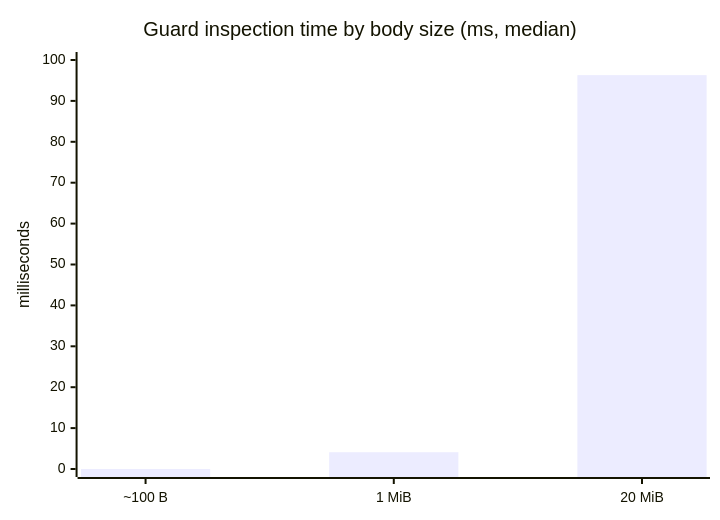
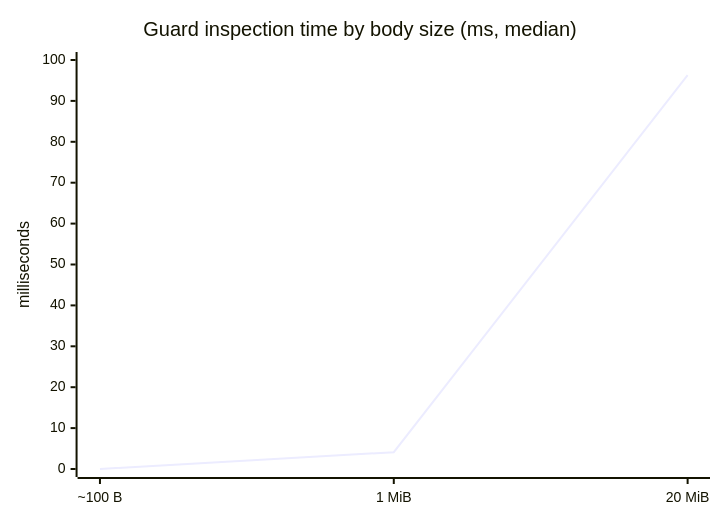
The sixth of 8 diagrams in DIAGRAMS.md (Vulcanite/ngx_json_guard), drawn with Mermaid before and after one commit. The commit also changed other lines of this file and 16 other files, not shown here.

First line of the commit message:
Fix docs accuracy, add parser CI, and plot benchmarks as real charts

````diff
--- a/DIAGRAMS.md
+++ b/DIAGRAMS.md
@@ -124,7 +120,7 @@
 ```mermaid
 xychart-beta
     title "Guard inspection time by body size (ms, median)"
     x-axis ["~100 B", "1 MiB", "20 MiB"]
     y-axis "milliseconds" 0 --> 100
-    bar [0.01, 4.1, 96.3]
+    line [0.01, 4.1, 96.3]
 ```
````
